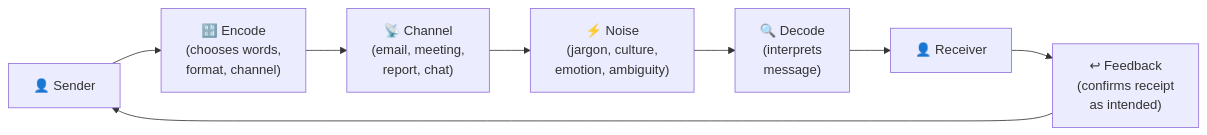
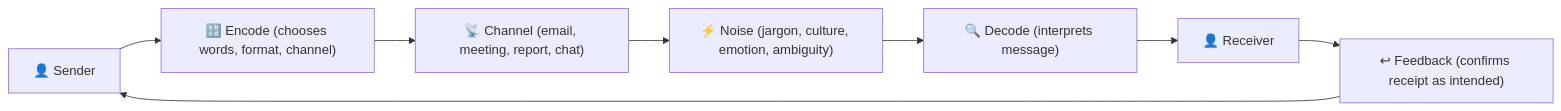
The first of 2 diagrams in modules/10-communications.md (UncleJS/course_projectManagement), drawn with Mermaid before and after one commit. The commit also changed 16 other files, not shown here.

Commit message:
Fix Mermaid rendering: remove literal \n from all diagram labels; quote unquoted & in flowchart nodes

````diff
--- a/modules/10-communications.md
+++ b/modules/10-communications.md
@@ -88,14 +88,14 @@
 ```mermaid
 flowchart LR
     S["👤 Sender"]
-    EN["🔡 Encode\n(chooses words,\nformat, channel)"]
-    CH["📡 Channel\n(email, meeting,\nreport, chat)"]
-    NO["⚡ Noise\n(jargon, culture,\nemotion, ambiguity)"]
-    DE["🔍 Decode\n(interprets\nmessage)"]
+    EN["🔡 Encode (chooses words, format, channel)"]
+    CH["📡 Channel (email, meeting, report, chat)"]
+    NO["⚡ Noise (jargon, culture, emotion, ambiguity)"]
+    DE["🔍 Decode (interprets message)"]
     RE["👤 Receiver"]
-    FB["↩ Feedback\n(confirms receipt\nas intended)"]
+    FB["↩ Feedback (confirms receipt as intended)"]
     S --> EN --> CH
     CH --> NO
     NO --> DE --> RE
     RE --> FB --> S
 ```
````
